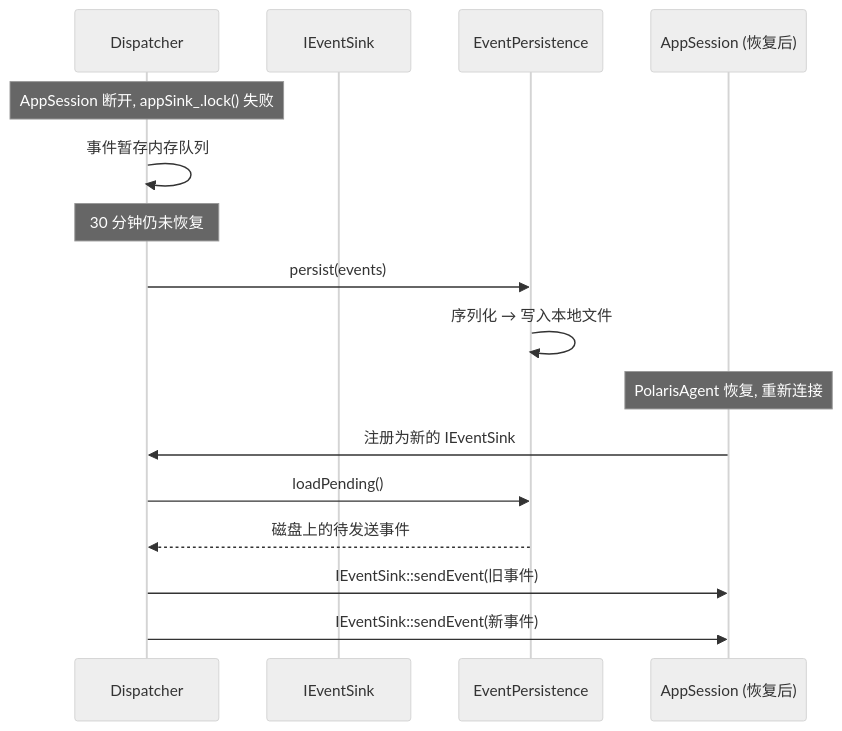
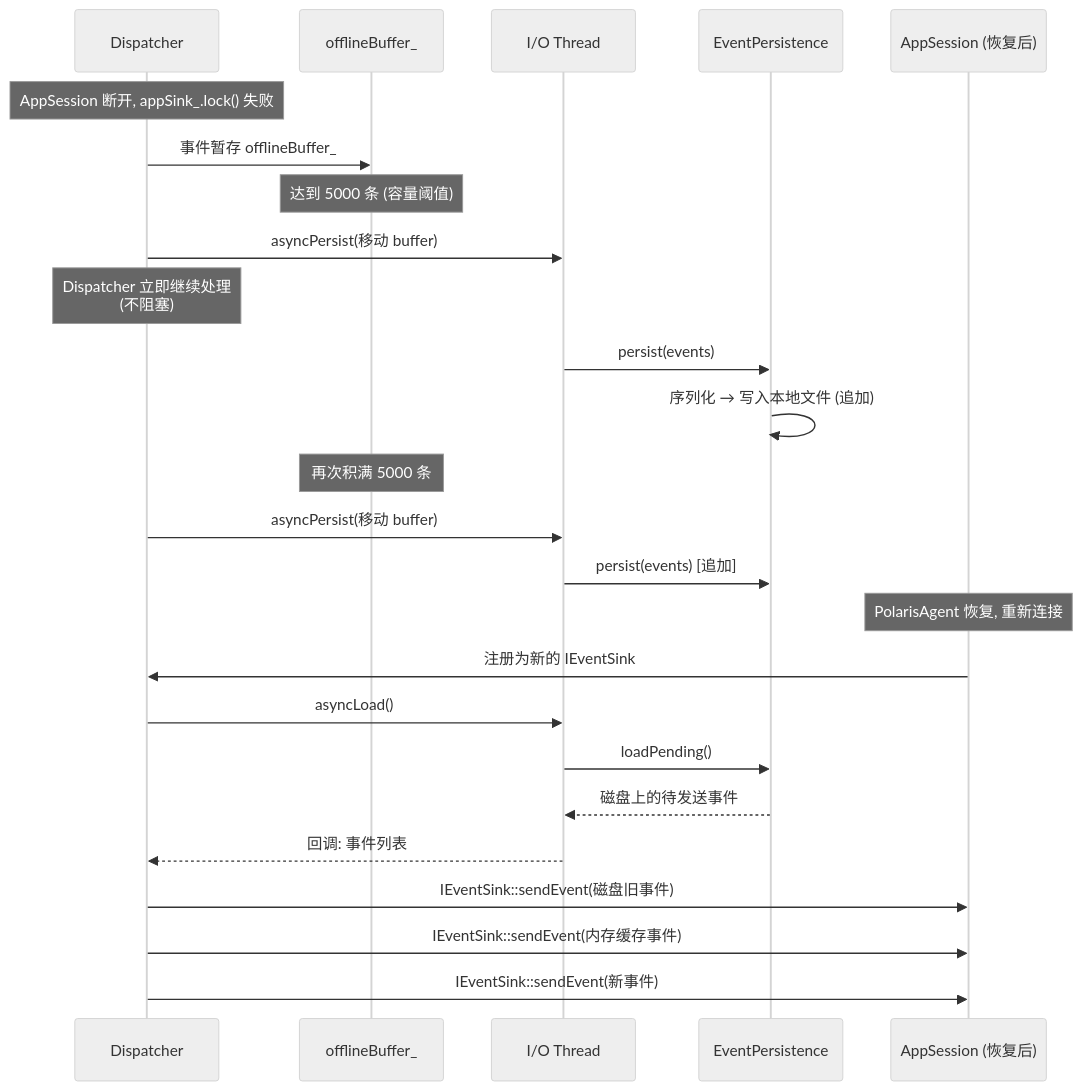
The seventh of 13 diagrams in content/others/polarisd软件架构设计.md (Ethen-Cao/ethenslab), drawn with Mermaid (neutral theme) before and after one commit. The commit also changed other lines of this file, not shown here.

````diff
--- a/content/others/polarisd软件架构设计.md
+++ b/content/others/polarisd软件架构设计.md
@@ -513,21 +522,31 @@
 ```mermaid
 sequenceDiagram
     participant D as Dispatcher
-    participant Sink as IEventSink
+    participant BUF as offlineBuffer_
+    participant IO as I/O Thread
     participant EP as EventPersistence
     participant AS as AppSession (恢复后)
 
     Note over D: AppSession 断开, appSink_.lock() 失败
-    D->>D: 事件暂存内存队列
+    D->>BUF: 事件暂存 offlineBuffer_
 
-    Note over D: 30 分钟仍未恢复
-    D->>EP: persist(events)
-    EP->>EP: 序列化 → 写入本地文件
+    Note over BUF: 达到 5000 条 (容量阈值)
+    D->>IO: asyncPersist(移动 buffer)
+    Note over D: Dispatcher 立即继续处理<br/>(不阻塞)
+    IO->>EP: persist(events)
+    EP->>EP: 序列化 → 写入本地文件 (追加)
+
+    Note over BUF: 再次积满 5000 条
+    D->>IO: asyncPersist(移动 buffer)
+    IO->>EP: persist(events) [追加]
 
     Note over AS: PolarisAgent 恢复, 重新连接
     AS->>D: 注册为新的 IEventSink
-    D->>EP: loadPending()
-    EP-->>D: 磁盘上的待发送事件
-    D->>AS: IEventSink::sendEvent(旧事件)
+    D->>IO: asyncLoad()
+    IO->>EP: loadPending()
+    EP-->>IO: 磁盘上的待发送事件
+    IO-->>D: 回调: 事件列表
+    D->>AS: IEventSink::sendEvent(磁盘旧事件)
+    D->>AS: IEventSink::sendEvent(内存缓存事件)
     D->>AS: IEventSink::sendEvent(新事件)
 ```
````
